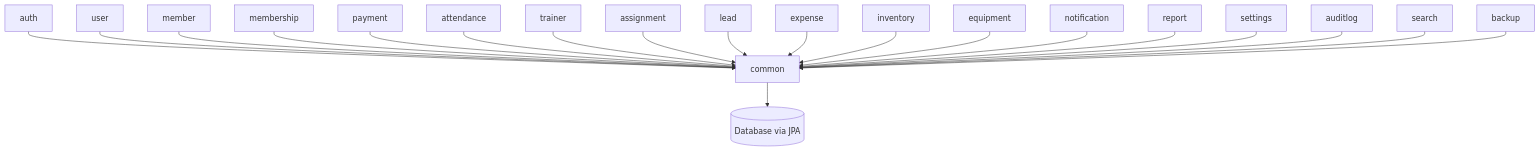
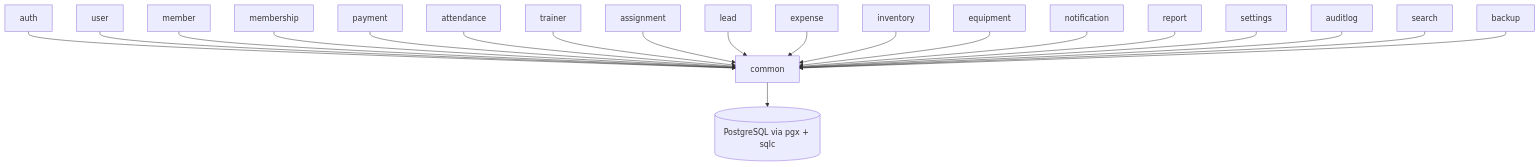
The fourth of 5 diagrams in backend/docs/02-system-architecture.md (sidpd51/gym-app), drawn with Mermaid before and after one commit. The commit also changed other lines of this file and 5 other files, not shown here.

Commit message:
Migrate backend architecture documentation from Java/Spring Boot to Go

````diff
--- a/backend/docs/02-system-architecture.md
+++ b/backend/docs/02-system-architecture.md
@@ -225,22 +242,22 @@
 ```mermaid
 flowchart TD
     auth --> common
     user --> common
     member --> common
     membership --> common
     payment --> common
     attendance --> common
     trainer --> common
     assignment --> common
     lead --> common
     expense --> common
     inventory --> common
     equipment --> common
     notification --> common
     report --> common
     settings --> common
     auditlog --> common
     search --> common
     backup --> common
-    common --> DB[(Database via JPA)]
+    common --> DB[(PostgreSQL via pgx + sqlc)]
 ```
````
